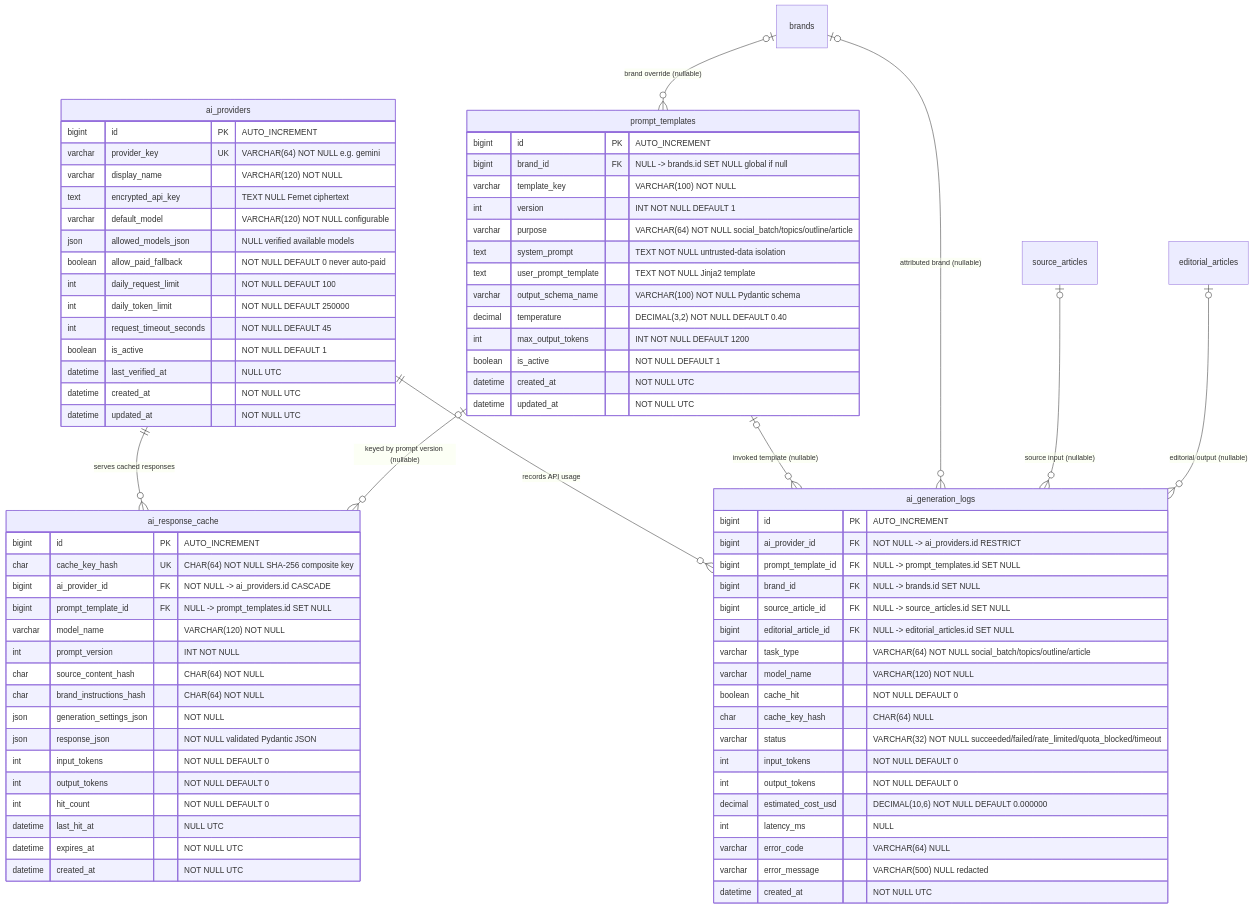
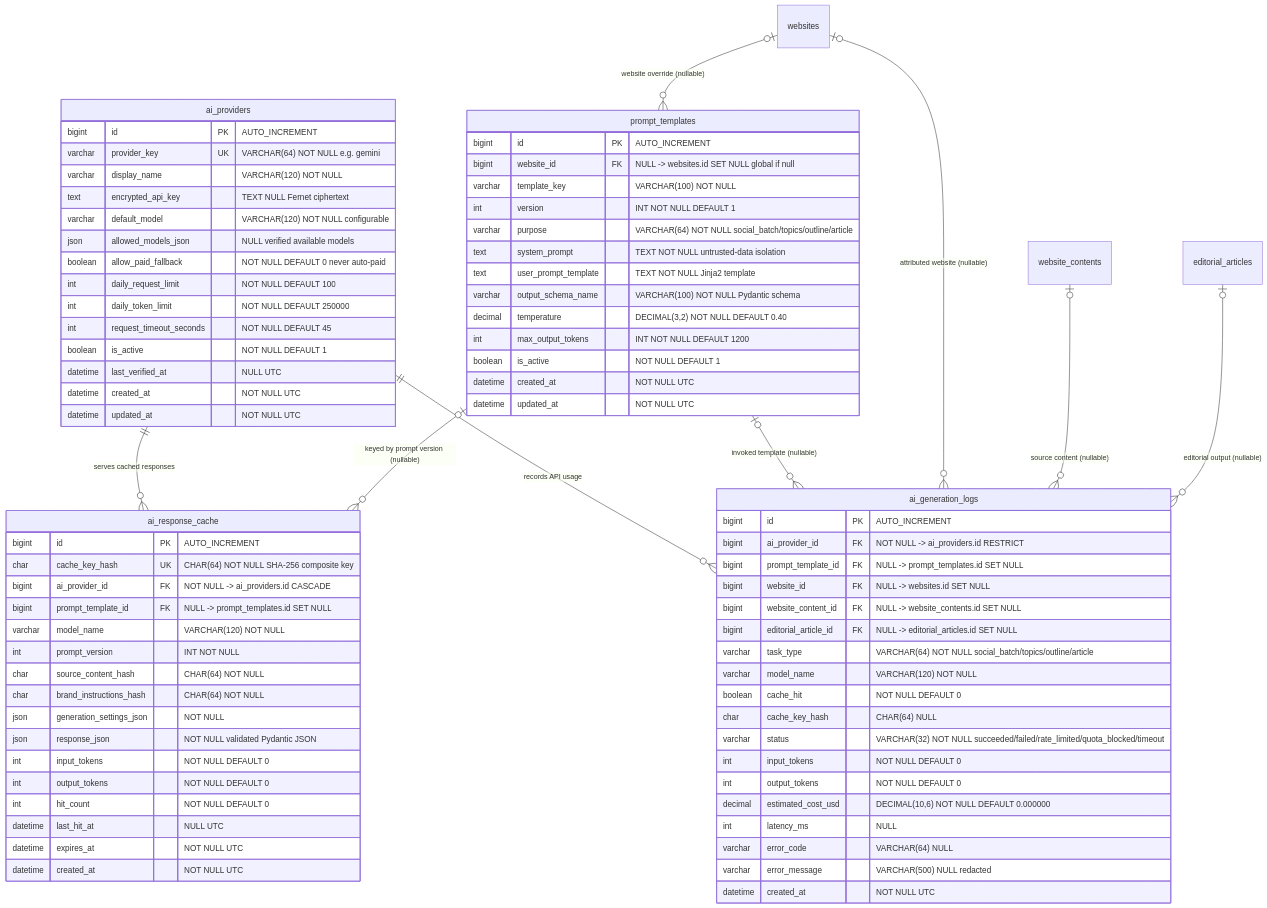
Before and after one commit to YumiAlmero03/website-management: the fourth of 10 diagrams in contenthub-ai/docs/DATABASE.md, drawn with Mermaid. The commit also changed other lines of this file and 94 other files, not shown here.

```diff
--- a/contenthub-ai/docs/DATABASE.md
+++ b/contenthub-ai/docs/DATABASE.md
@@ -365,9 +463,9 @@
     ai_providers ||--o{ ai_generation_logs : "records API usage"
     prompt_templates |o--o{ ai_response_cache : "keyed by prompt version (nullable)"
     prompt_templates |o--o{ ai_generation_logs : "invoked template (nullable)"
-    brands |o--o{ prompt_templates : "brand override (nullable)"
-    brands |o--o{ ai_generation_logs : "attributed brand (nullable)"
-    source_articles |o--o{ ai_generation_logs : "source input (nullable)"
+    websites |o--o{ prompt_templates : "website override (nullable)"
+    websites |o--o{ ai_generation_logs : "attributed website (nullable)"
+    website_contents |o--o{ ai_generation_logs : "source content (nullable)"
     editorial_articles |o--o{ ai_generation_logs : "editorial output (nullable)"
 
     ai_providers {
@@ -389,7 +487,7 @@
 
     prompt_templates {
         bigint id PK "AUTO_INCREMENT"
-        bigint brand_id FK "NULL -> brands.id SET NULL global if null"
+        bigint website_id FK "NULL -> websites.id SET NULL global if null"
         varchar template_key "VARCHAR(100) NOT NULL"
         int version "INT NOT NULL DEFAULT 1"
         varchar purpose "VARCHAR(64) NOT NULL social_batch/topics/outline/article"
@@ -426,8 +524,8 @@
         bigint id PK "AUTO_INCREMENT"
         bigint ai_provider_id FK "NOT NULL -> ai_providers.id RESTRICT"
         bigint prompt_template_id FK "NULL -> prompt_templates.id SET NULL"
-        bigint brand_id FK "NULL -> brands.id SET NULL"
-        bigint source_article_id FK "NULL -> source_articles.id SET NULL"
+        bigint website_id FK "NULL -> websites.id SET NULL"
+        bigint website_content_id FK "NULL -> website_contents.id SET NULL"
         bigint editorial_article_id FK "NULL -> editorial_articles.id SET NULL"
         varchar task_type "VARCHAR(64) NOT NULL social_batch/topics/outline/article"
         varchar model_name "VARCHAR(120) NOT NULL"
```
